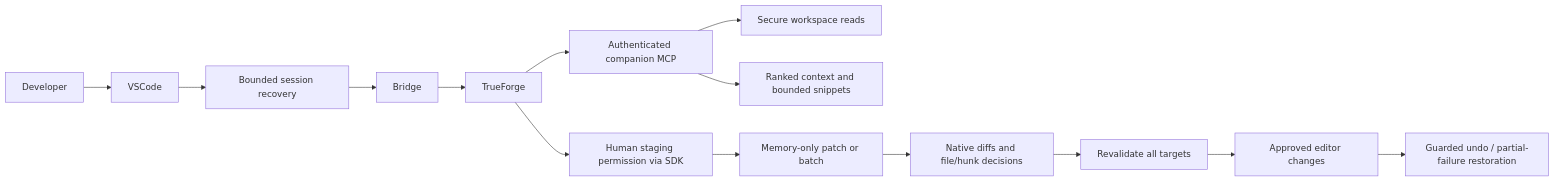
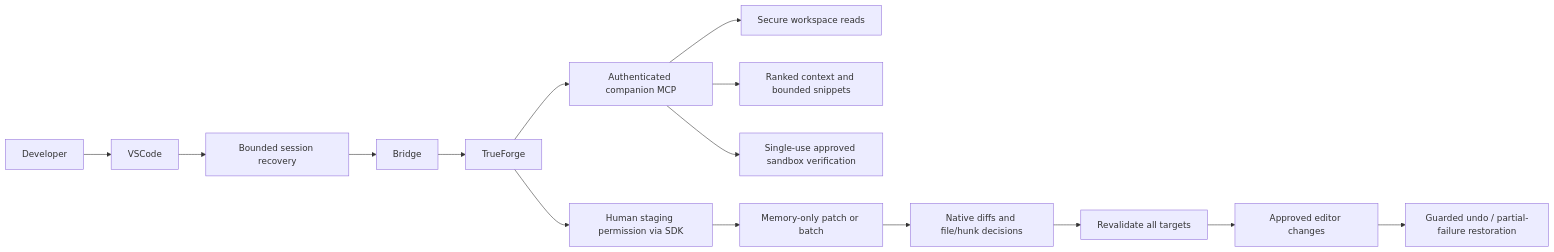
The diagram in docs/architecture.md (nipunkalsotra/ForgePilot), drawn with Mermaid before and after one commit. The commit also changed other lines of this file and 45 other files, not shown here.

````diff
--- a/docs/architecture.md
+++ b/docs/architecture.md
@@ -5,16 +5,17 @@
 ```mermaid
 flowchart LR
   Developer --> VSCode
   VSCode --> Resilience[Bounded session recovery]
   Resilience --> Bridge
   Bridge --> TrueForge
   TrueForge --> MCP[Authenticated companion MCP]
   MCP --> Workspace[Secure workspace reads]
   MCP --> Retrieval[Ranked context and bounded snippets]
+  MCP --> Terminal[Single-use approved sandbox verification]
   TrueForge --> ToolApproval[Human staging permission via SDK]
   ToolApproval --> Staging[Memory-only patch or batch]
   Staging --> Review[Native diffs and file/hunk decisions]
   Review --> Coordinator[Revalidate all targets]
   Coordinator --> WorkspaceEdit[Approved editor changes]
   WorkspaceEdit --> Undo[Guarded undo / partial-failure restoration]
 ```
````
